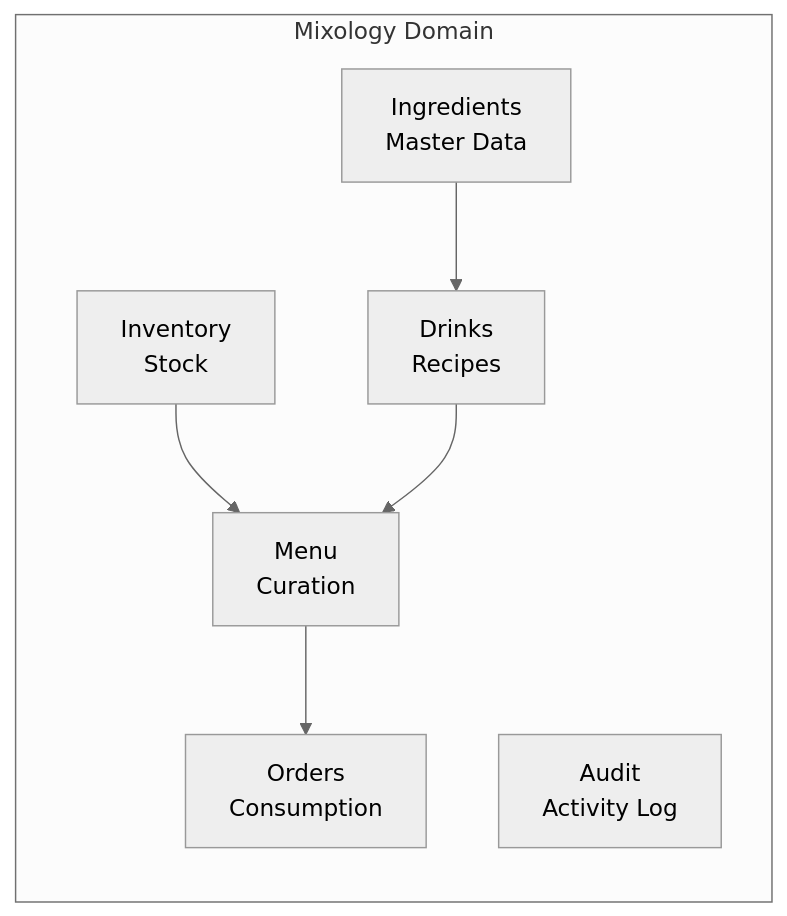
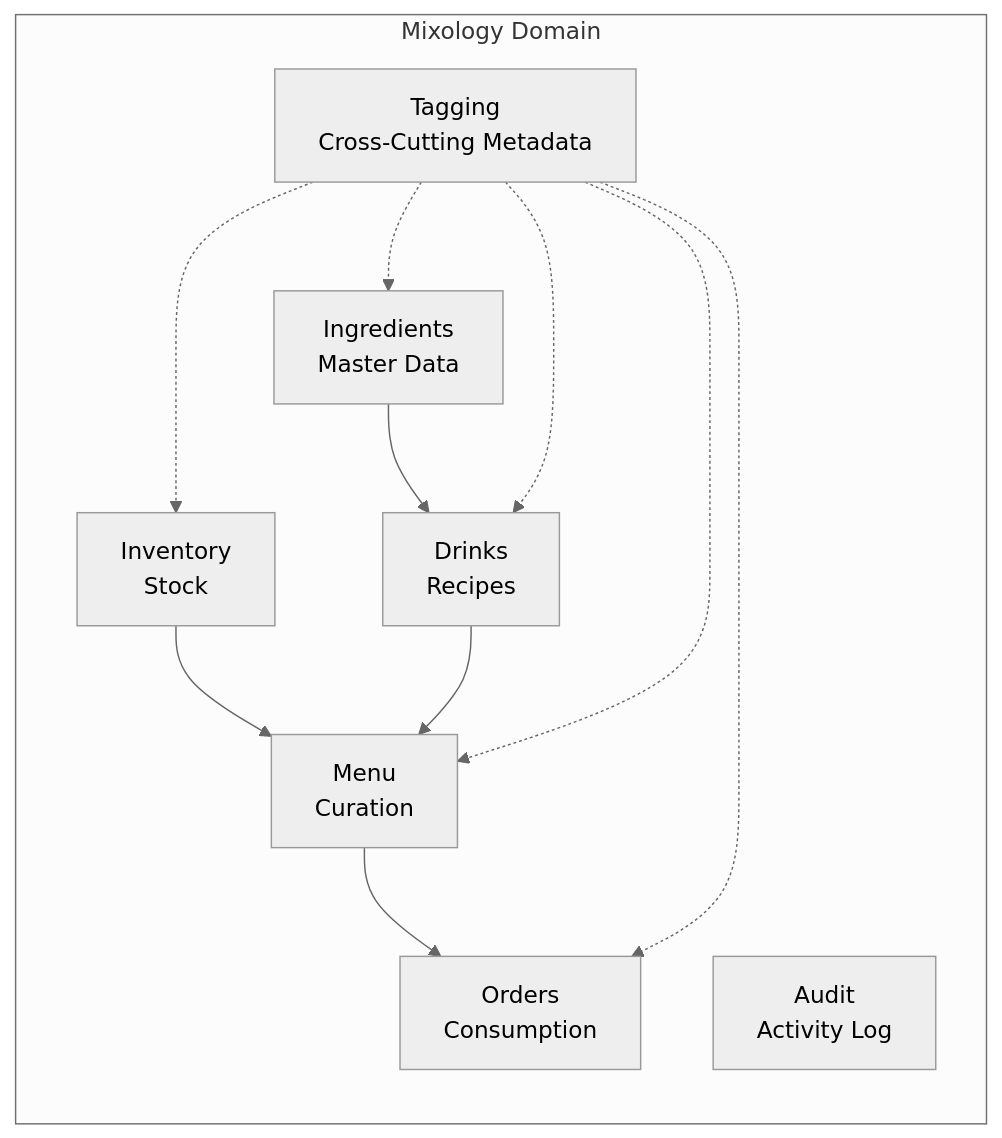
One commit to TheFellow/go-modular-monolith changed the first of 5 diagrams in README.md. Above: the diagram before and after it, drawn with Mermaid (neutral theme). The commit also changed other lines of this file and 156 other files, not shown here.

First line of the commit message:
[codex] Add cross-domain tagging and tag-based ABAC (#26)

````diff
--- a/README.md
+++ b/README.md
@@ -178,16 +278,22 @@
 ```mermaid
 graph LR
     subgraph Mixology Domain
         Ingredients[Ingredients<br/>Master Data]
         Drinks[Drinks<br/>Recipes]
         Inventory[Inventory<br/>Stock]
         Menu[Menu<br/>Curation]
         Orders[Orders<br/>Consumption]
         Audit[Audit<br/>Activity Log]
+        Tags[Tagging<br/>Cross-Cutting Metadata]
 
         Ingredients --> Drinks
         Inventory --> Menu
         Drinks --> Menu
         Menu --> Orders
+        Tags -.-> Ingredients
+        Tags -.-> Drinks
+        Tags -.-> Inventory
+        Tags -.-> Menu
+        Tags -.-> Orders
     end
 ```
````
